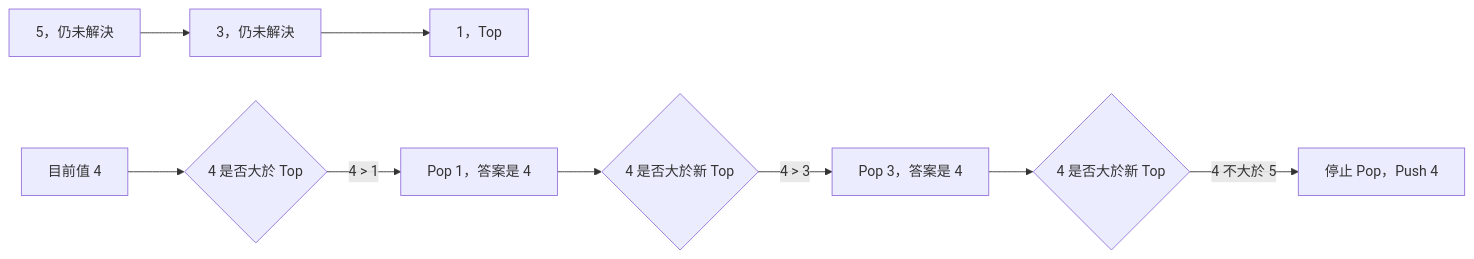
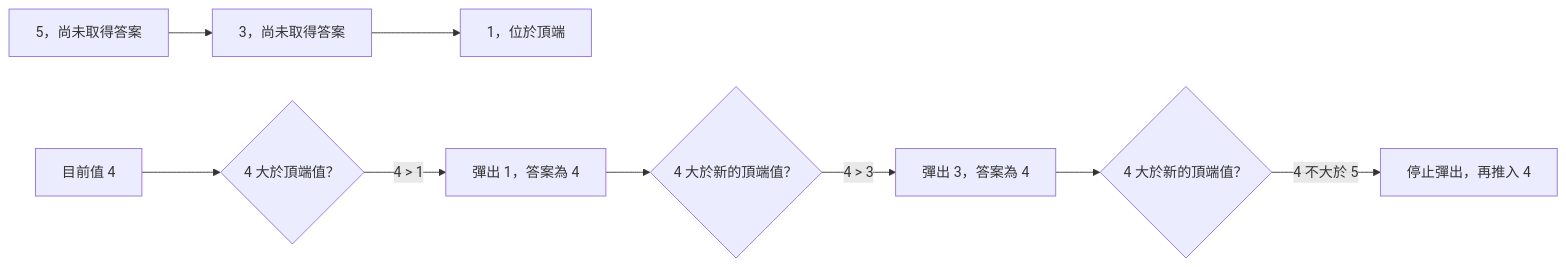
One commit to davidchen0970/algorithm_note changed the tenth of 16 diagrams in 02_data_structures/08_stack.md. Above: the diagram before and after it, drawn with Mermaid. The commit also changed other lines of this file and 2 other files, not shown here.

````diff
--- a/02_data_structures/08_stack.md
+++ b/02_data_structures/08_stack.md
@@ -799,11 +824,11 @@
 ```mermaid
 flowchart LR
-    S5[5，仍未解決] --> S3[3，仍未解決]
-    S3 --> S1[1，Top]
-    C[目前值 4] --> Q{4 是否大於 Top}
-    Q -->|4 > 1| P1[Pop 1，答案是 4]
-    P1 --> Q2{4 是否大於新 Top}
-    Q2 -->|4 > 3| P2[Pop 3，答案是 4]
-    P2 --> Q3{4 是否大於新 Top}
-    Q3 -->|4 不大於 5| K[停止 Pop，Push 4]
+    S5["5，尚未取得答案"] --> S3["3，尚未取得答案"]
+    S3 --> S1["1，位於頂端"]
+    C["目前值 4"] --> Q{"4 大於頂端值？"}
+    Q -->|"4 > 1"| P1["彈出 1，答案為 4"]
+    P1 --> Q2{"4 大於新的頂端值？"}
+    Q2 -->|"4 > 3"| P2["彈出 3，答案為 4"]
+    P2 --> Q3{"4 大於新的頂端值？"}
+    Q3 -->|"4 不大於 5"| K["停止彈出，再推入 4"]
 ```
````
